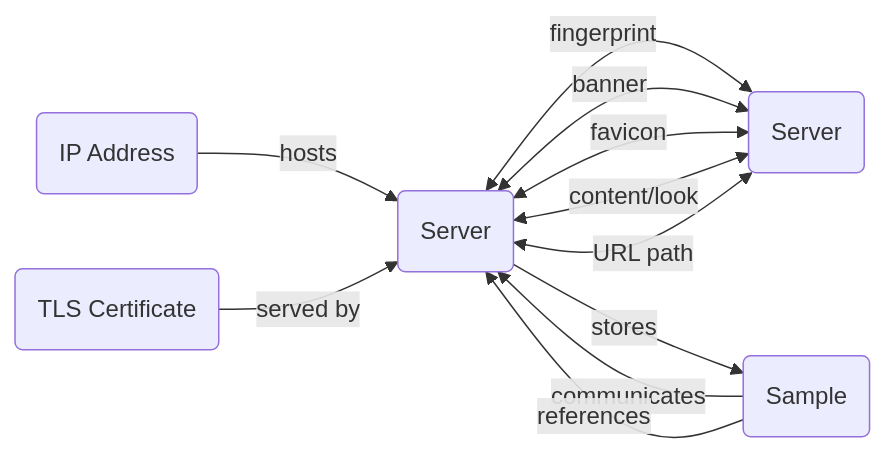
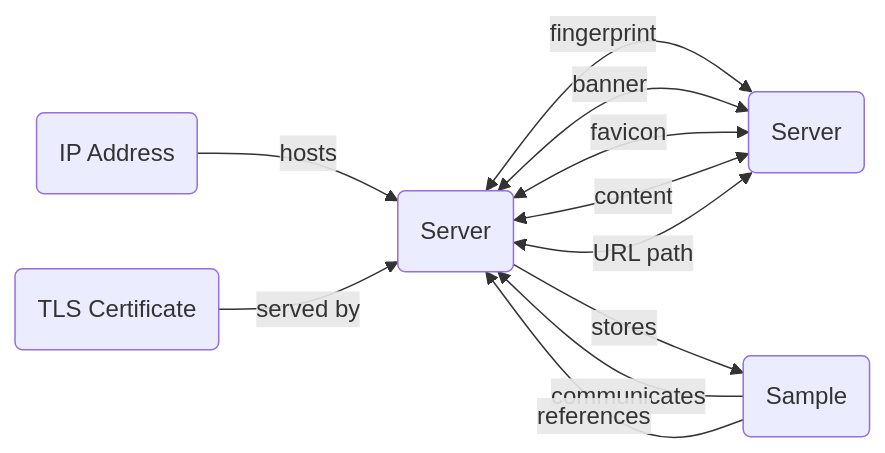
Before and after one commit to korniko98/pivot-atlas: the diagram in docs/artifacts/server.md, drawn with Mermaid. The commit also changed other lines of this file and 4 other files, not shown here.

````diff
--- a/docs/artifacts/server.md
+++ b/docs/artifacts/server.md
@@ -34,17 +34,17 @@
 	```mermaid
 	flowchart LR
 		IP_ADDRESS("IP Address") -- hosts --> SERVER("Server")
 		SAMPLE("Sample") -- communicates --> SERVER
 		SAMPLE -- references --> SERVER
 		SERVER <-- fingerprint --> SERVER_("Server")
 		SERVER <-- banner --> SERVER_
 		SERVER <-- favicon --> SERVER_
-		SERVER <-- content/look --> SERVER_
+		SERVER <-- content --> SERVER_
 		SERVER <-- URL path --> SERVER_
 		SERVER -- stores --> SAMPLE
 		TLS_CERT("TLS Certificate") -- served by--> SERVER
 		click IP_ADDRESS "#ip-addresses"
 		click SAMPLE "#samples"
 		click SERVER_ "#servers"
 		click TLS_CERT "#tls-certificates"
 	```
````
